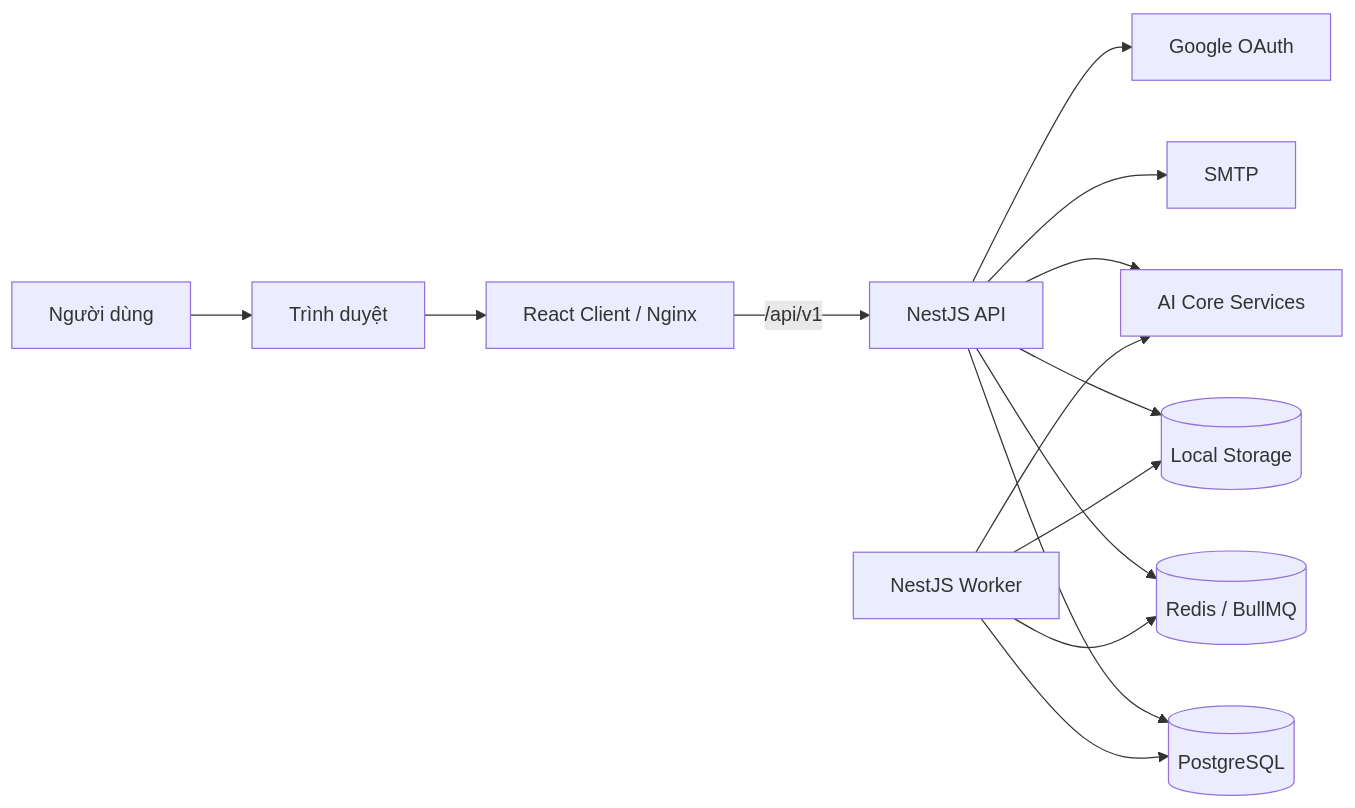
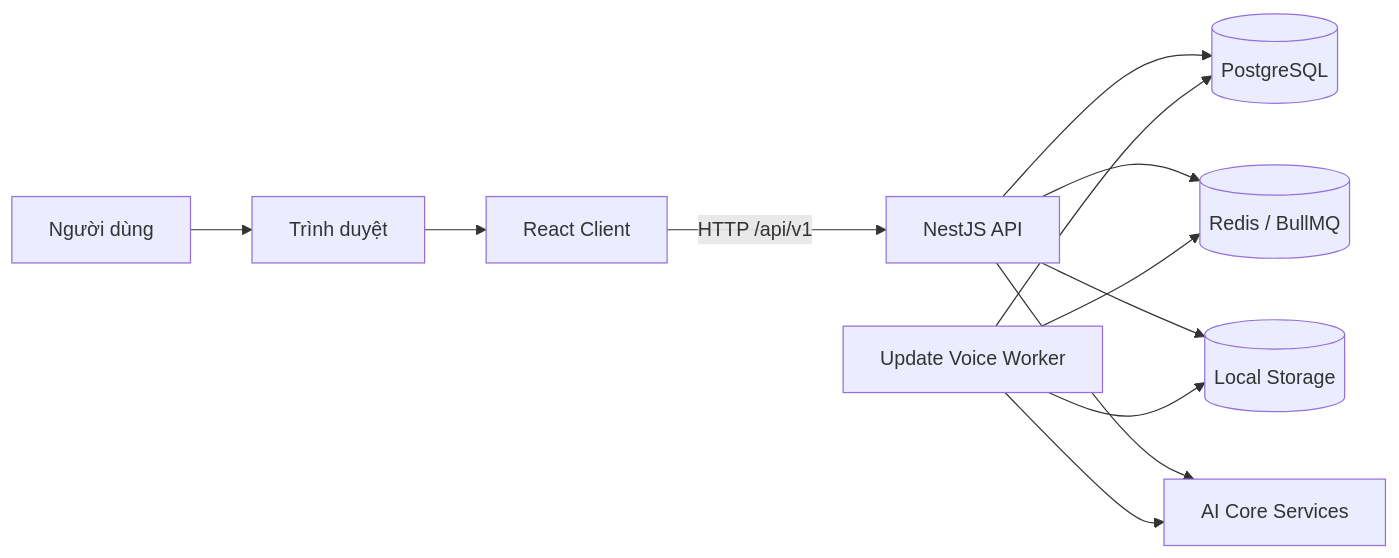
Before and after one commit to SSIT-joint-stock/identify-voice-base: the first of 12 diagrams in docs/architecture/system-architecture.md, drawn with Mermaid. The commit also changed other lines of this file, not shown here.

Commit message:
docs: update system architecture documentation for clarity and detail

````diff
--- a/docs/architecture/system-architecture.md
+++ b/docs/architecture/system-architecture.md
@@ -9,18 +9,16 @@
 ```mermaid
 flowchart LR
     User[Người dùng] --> Browser[Trình duyệt]
-    Browser --> Client[React Client / Nginx]
-    Client -->|/api/v1| API[NestJS API]
+    Browser --> Client[React Client]
+    Client -->|HTTP /api/v1| API[NestJS API]
 
     API --> DB[(PostgreSQL)]
     API --> Redis[(Redis / BullMQ)]
     API --> Storage[(Local Storage)]
     API --> AI[AI Core Services]
-    API --> SMTP[SMTP]
-    API --> Google[Google OAuth]
 
-    Worker[NestJS Worker] --> Redis
+    Worker[Update Voice Worker] --> Redis
     Worker --> DB
     Worker --> Storage
     Worker --> AI
 ```
````
